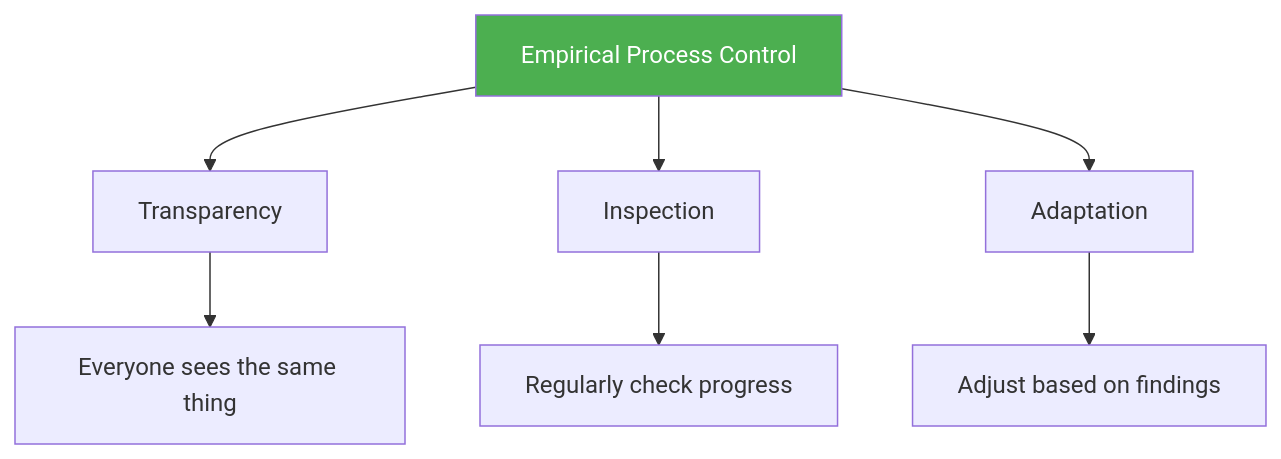
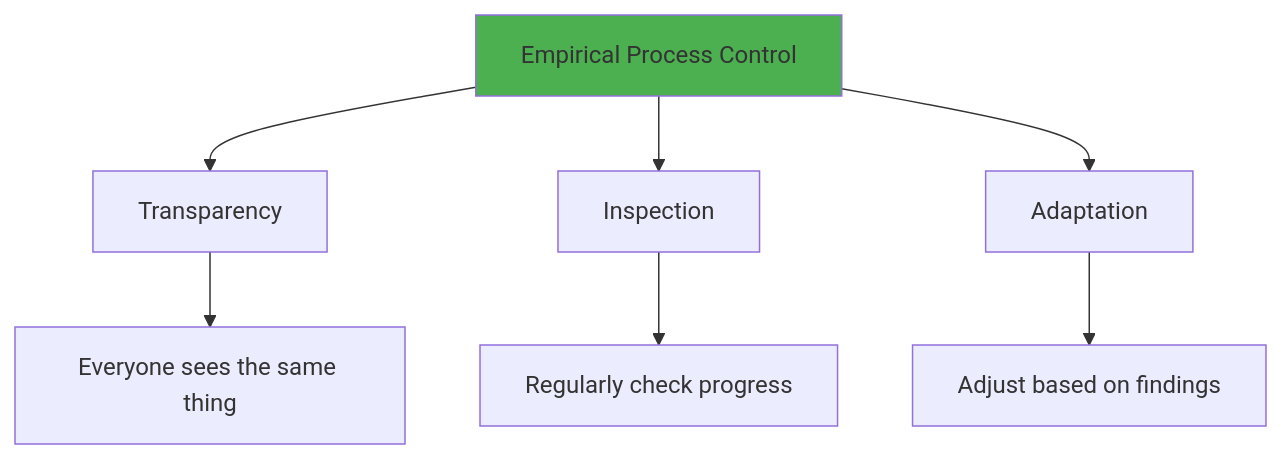
One commit to Anuhyaaa/web-optimization changed diagram 20 of 44 in agile.md. Above: the diagram before and after it, drawn with Mermaid. The commit also changed other lines of this file and 1 other file, not shown here.

Commit message:
Fix Mermaid diagram text visibility by removing invalid color:white syntax

````diff
--- a/agile.md
+++ b/agile.md
@@ -1098,12 +1098,12 @@
 ```mermaid
 graph TD
     A[Empirical Process Control] --> B[Transparency]
     A --> C[Inspection]
     A --> D[Adaptation]
     
     B --> E[Everyone sees the same thing]
     C --> F[Regularly check progress]
     D --> G[Adjust based on findings]
     
-    style A fill:#4CAF50,color:white
+    style A fill:#4CAF50
 ```
````
